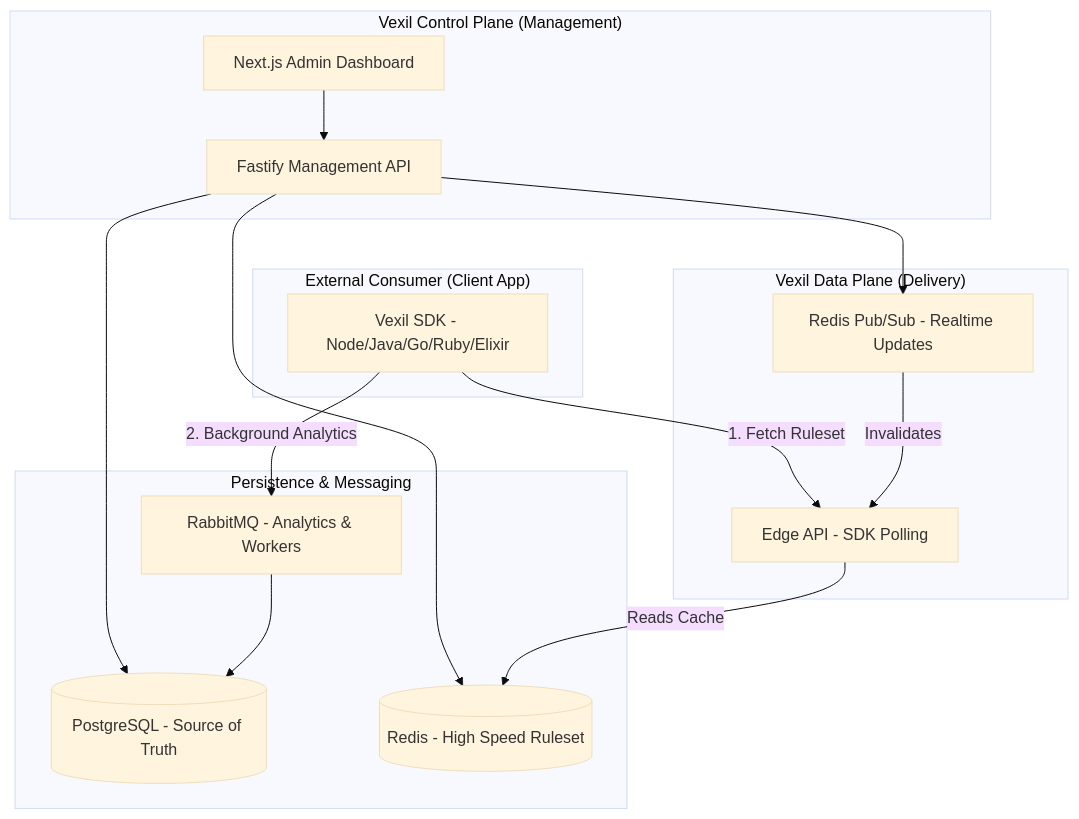
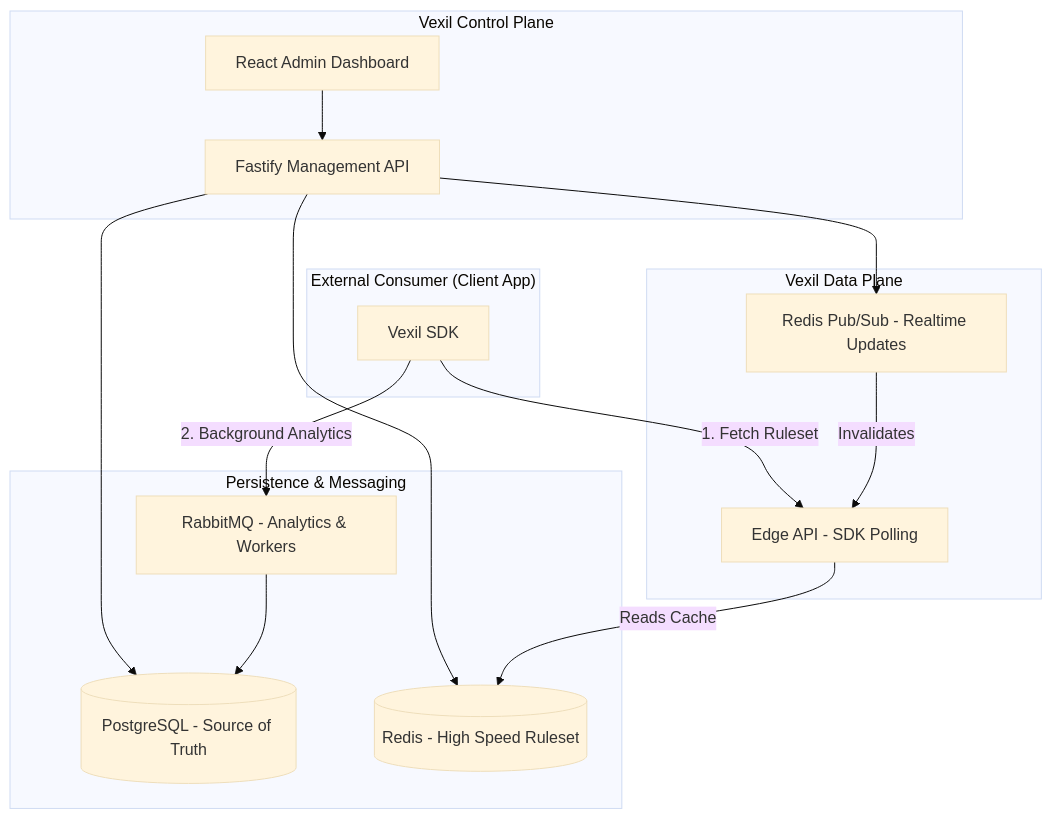
The diagram in README.md (AbhishekKhot/Vexil), drawn with Mermaid (base theme) before and after one commit. The commit also changed other lines of this file, not shown here.

````diff
--- a/README.md
+++ b/README.md
@@ -13,35 +22,34 @@
 ```mermaid
 graph TD
     subgraph "External Consumer (Client App)"
-        SDK[Vexil SDK - Node/Java/Go/Ruby/Elixir]
+        SDK[Vexil SDK]
     end
 
-    subgraph "Vexil Control Plane (Management)"
-        Dash[Next.js Admin Dashboard]
+    subgraph "Vexil Control Plane"
+        Dash[React Admin Dashboard]
         AdminAPI[Fastify Management API]
     end
 
-    subgraph "Vexil Data Plane (Delivery)"
+    subgraph "Vexil Data Plane"
         EvalAPI[Edge API - SDK Polling]
         PubSub[Redis Pub/Sub - Realtime Updates]
     end
 
     subgraph "Persistence & Messaging"
         PG[(PostgreSQL - Source of Truth)]
         Cache[(Redis - High Speed Ruleset)]
         MQ[RabbitMQ - Analytics & Workers]
     end
 
-    %% Flow
     Dash --> AdminAPI
     AdminAPI --> PG
     AdminAPI --> Cache
     AdminAPI --> PubSub
 
     SDK -- "1. Fetch Ruleset" --> EvalAPI
     EvalAPI -- "Reads Cache" --> Cache
     PubSub -- "Invalidates" --> EvalAPI
 
     SDK -- "2. Background Analytics" --> MQ
     MQ --> PG
 ```
````
